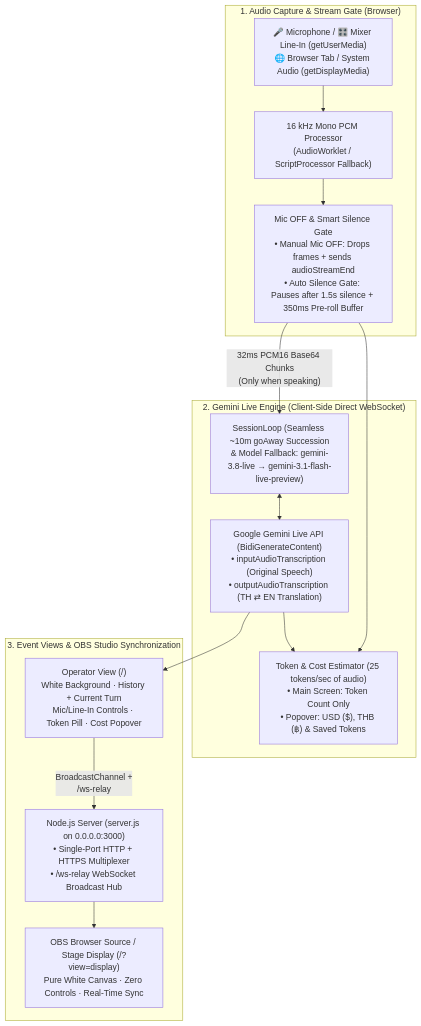
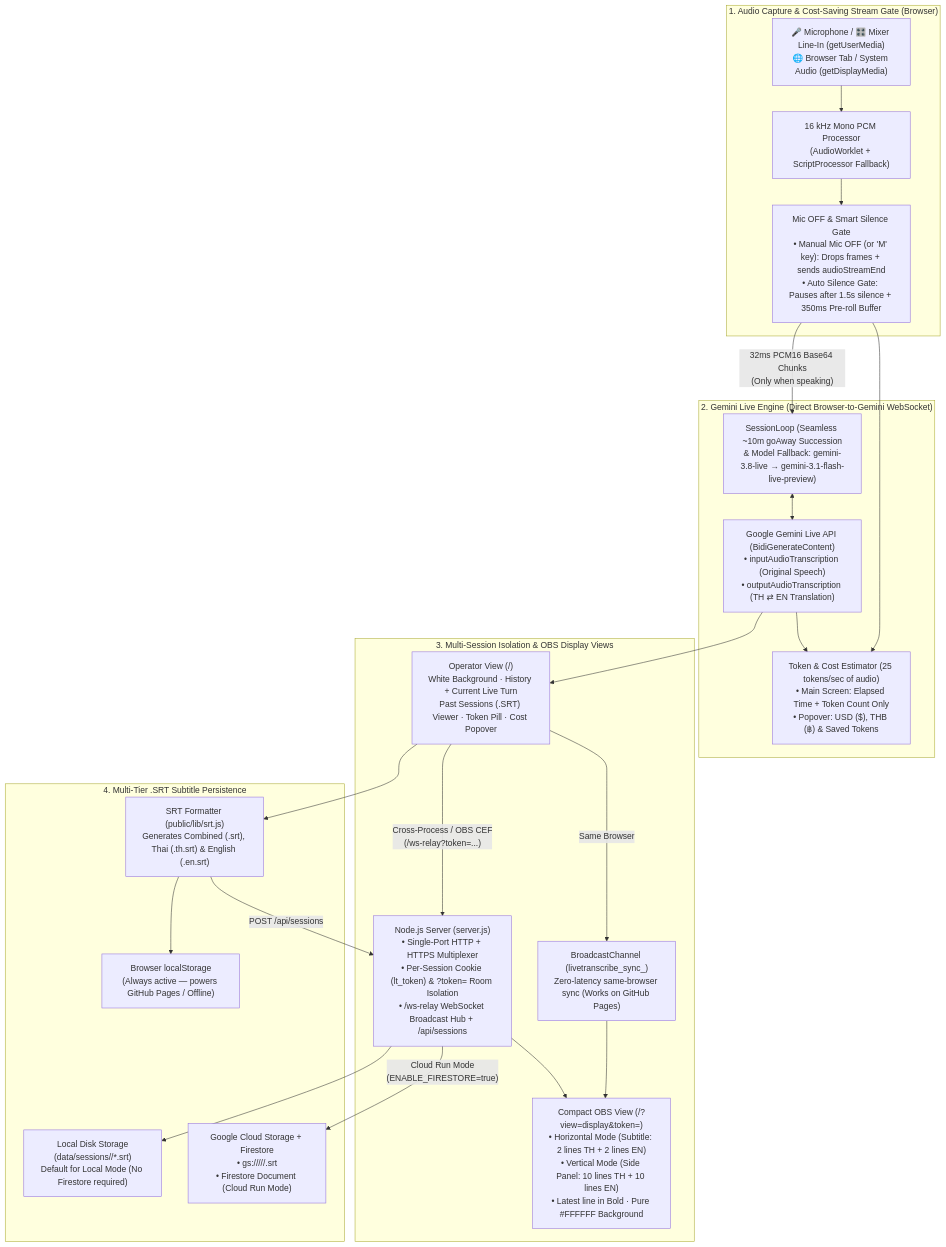
Before and after one commit to fonylew/livetranscribe: the diagram in README.md, drawn with Mermaid. The commit also changed other lines of this file and 15 other files, not shown here.

Commit message:
Add compact OBS vertical/horizontal view, SRT session persistence (Local/GCS/Firestore), Cloud Run & GitHub Pages deployment

````diff
--- a/README.md
+++ b/README.md
@@ -9,28 +9,41 @@
 ```mermaid
 flowchart TB
-  subgraph AudioCapture["1. Audio Capture & Stream Gate (Browser)"]
+  subgraph AudioCapture["1. Audio Capture & Cost-Saving Stream Gate (Browser)"]
     InputSources["🎤 Microphone / 🎛️ Mixer Line-In (getUserMedia)\n🌐 Browser Tab / System Audio (getDisplayMedia)"]
-    AudioNode["16 kHz Mono PCM Processor\n(AudioWorklet / ScriptProcessor Fallback)"]
-    StreamGate["Mic OFF & Smart Silence Gate\n• Manual Mic OFF: Drops frames + sends audioStreamEnd\n• Auto Silence Gate: Pauses after 1.5s silence + 350ms Pre-roll Buffer"]
+    AudioNode["16 kHz Mono PCM Processor\n(AudioWorklet + ScriptProcessor Fallback)"]
+    StreamGate["Mic OFF & Smart Silence Gate\n• Manual Mic OFF (or 'M' key): Drops frames + sends audioStreamEnd\n• Auto Silence Gate: Pauses after 1.5s silence + 350ms Pre-roll Buffer"]
     InputSources --> AudioNode --> StreamGate
   end
 
-  subgraph GeminiEngine["2. Gemini Live Engine (Client-Side Direct WebSocket)"]
+  subgraph GeminiEngine["2. Gemini Live Engine (Direct Browser-to-Gemini WebSocket)"]
     SessionLoop["SessionLoop (Seamless ~10m goAway Succession\n& Model Fallback: gemini-3.8-live → gemini-3.1-flash-live-preview)"]
     LiveAPI["Google Gemini Live API (BidiGenerateContent)\n• inputAudioTranscription (Original Speech)\n• outputAudioTranscription (TH ⇄ EN Translation)"]
-    TokenMeter["Token & Cost Estimator (25 tokens/sec of audio)\n• Main Screen: Token Count Only\n• Popover: USD ($), THB (฿) & Saved Tokens"]
+    TokenMeter["Token & Cost Estimator (25 tokens/sec of audio)\n• Main Screen: Elapsed Time + Token Count Only\n• Popover: USD ($), THB (฿) & Saved Tokens"]
     StreamGate -- "32ms PCM16 Base64 Chunks\n(Only when speaking)" --> SessionLoop
     SessionLoop <--> LiveAPI
     StreamGate --> TokenMeter
     LiveAPI --> TokenMeter
   end
 
-  subgraph ViewsAndOBS["3. Event Views & OBS Studio Synchronization"]
-    OperatorUI["Operator View (/)\nWhite Background · History + Current Turn\nMic/Line-In Controls · Token Pill · Cost Popover"]
-    RelayServer["Node.js Server (server.js on 0.0.0.0:3000)\n• Single-Port HTTP + HTTPS Multiplexer\n• /ws-relay WebSocket Broadcast Hub"]
-    OBSDisplay["OBS Browser Source / Stage Display (/?view=display)\nPure White Canvas · Zero Controls · Real-Time Sync"]
+  subgraph SyncAndViews["3. Multi-Session Isolation & OBS Display Views"]
+    OperatorUI["Operator View (/)\nWhite Background · History + Current Live Turn\nPast Sessions (.SRT) Viewer · Token Pill · Cost Popover"]
+    BroadcastChan["BroadcastChannel (livetranscribe_sync_<lt_token>)\nZero-latency same-browser sync (Works on GitHub Pages)"]
+    RelayServer["Node.js Server (server.js)\n• Single-Port HTTP + HTTPS Multiplexer\n• Per-Session Cookie (lt_token) & ?token= Room Isolation\n• /ws-relay WebSocket Broadcast Hub + /api/sessions"]
+    OBSDisplay["Compact OBS View (/?view=display&token=<lt_token>)\n• Horizontal Mode (Subtitle: 2 lines TH + 2 lines EN)\n• Vertical Mode (Side Panel: 10 lines TH + 10 lines EN)\n• Latest line in Bold · Pure #FFFFFF Background"]
     LiveAPI --> OperatorUI
-    OperatorUI -- "BroadcastChannel +\n/ws-relay" --> RelayServer
-    RelayServer --> OBSDisplay
+    OperatorUI -- "Same Browser" --> BroadcastChan --> OBSDisplay
+    OperatorUI -- "Cross-Process / OBS CEF\n(/ws-relay?token=...)" --> RelayServer --> OBSDisplay
+  end
+
+  subgraph StorageLayer["4. Multi-Tier .SRT Subtitle Persistence"]
+    SrtEngine["SRT Formatter (public/lib/srt.js)\nGenerates Combined (.srt), Thai (.th.srt) & English (.en.srt)"]
+    BrowserStore["Browser localStorage\n(Always active — powers GitHub Pages / Offline)"]
+    LocalDisk["Local Disk Storage\n(data/sessions/<lt_token>/*.srt)\nDefault for Local Mode (No Firestore required)"]
+    CloudStorage["Google Cloud Storage + Firestore\n• gs://<bucket>/<prefix>/<lt_token>/<sessionId>.srt\n• Firestore Document (Cloud Run Mode)"]
+    OperatorUI --> SrtEngine
+    SrtEngine --> BrowserStore
+    SrtEngine -- "POST /api/sessions" --> RelayServer
+    RelayServer --> LocalDisk
+    RelayServer -- "Cloud Run Mode\n(ENABLE_FIRESTORE=true)" --> CloudStorage
   end
 ```
````
